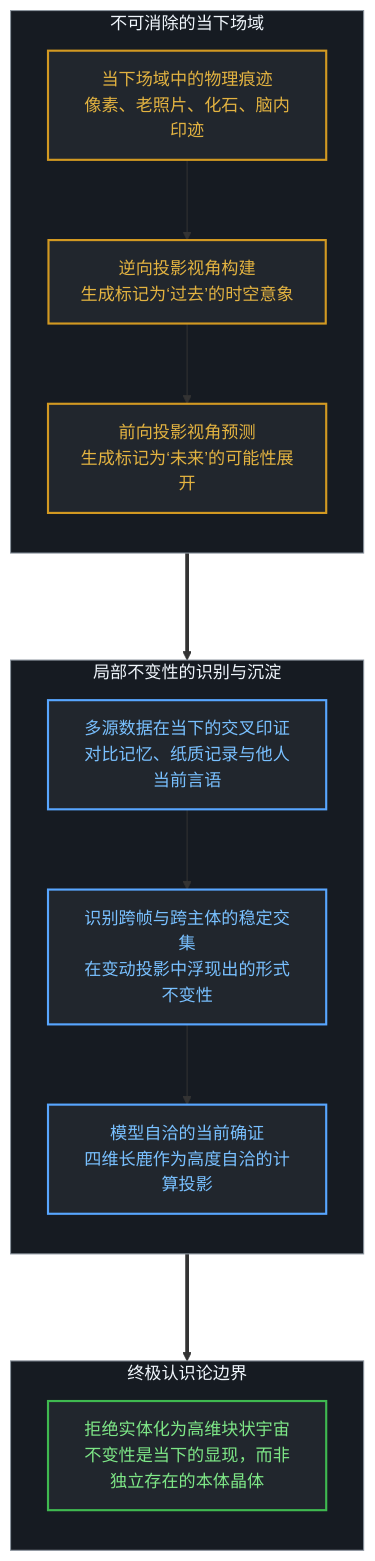
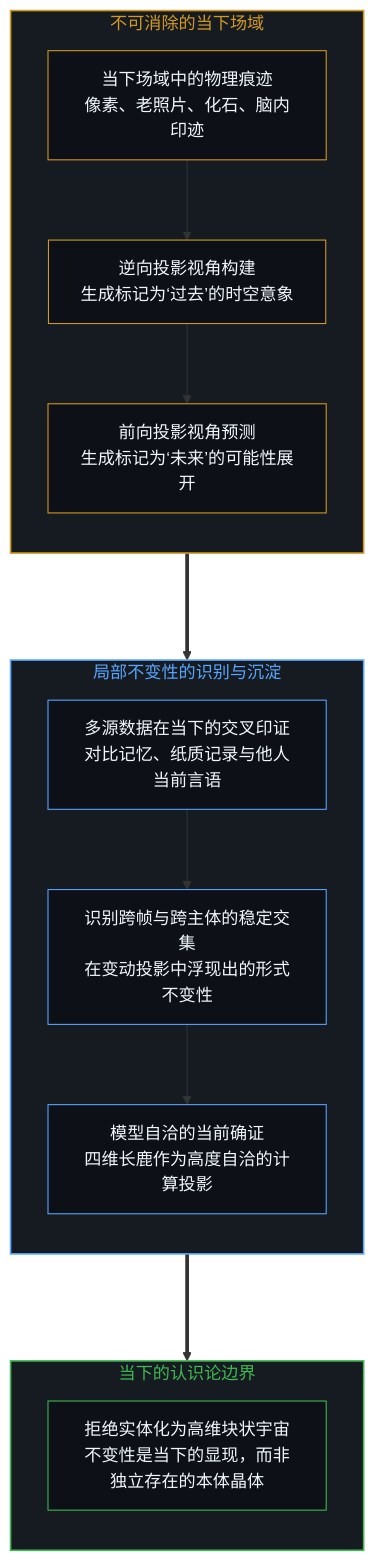
The third of 4 diagrams in content/posts/the-myth-of-the-four-dimensional-deer-and-the-present-model.md (powerpig99/not-a-toe), drawn with Mermaid before and after one commit. The commit also changed other lines of this file and 17 other files, not shown here.

````diff
--- a/content/posts/the-myth-of-the-four-dimensional-deer-and-the-present-model.md
+++ b/content/posts/the-myth-of-the-four-dimensional-deer-and-the-present-model.md
@@ -121,34 +129,34 @@
 ```mermaid
-graph TD
-    classDef default fill:#0d1117,stroke:#30363d,stroke-width:1px,color:#c9d1d9;
-    classDef canvas fill:#161b22,stroke:#8b949e,stroke-width:1px,color:#f0f6fc;
-    classDef projNode fill:#21262d,stroke:#d29922,stroke-width:2px,color:#e3b341;
-    classDef invNode fill:#21262d,stroke:#58a6ff,stroke-width:2px,color:#79c0ff;
-    classDef coreNode fill:#21262d,stroke:#3fb950,stroke-width:2px,color:#7ee787;
-
-    subgraph PresentField ["不可消除的当下场域"]
+flowchart TD
+    subgraph S_PresentField["不可消除的当下场域"]
         direction TB
         P1["当下场域中的物理痕迹<br/>像素、老照片、化石、脑内印迹"] --> P2["逆向投影视角构建<br/>生成标记为‘过去’的时空意象"]
         P2 --> P3["前向投影视角预测<br/>生成标记为‘未来’的可能性展开"]
     end
 
-    PresentField ===> InvarianceEngine
+    S_PresentField ===> S_InvarianceEngine
 
-    subgraph InvarianceEngine ["局部不变性的识别与沉淀"]
+    subgraph S_InvarianceEngine["局部不变性的识别与沉淀"]
         direction TB
         I1["多源数据在当下的交叉印证<br/>对比记忆、纸质记录与他人当前言语"] --> I2["识别跨帧与跨主体的稳定交集<br/>在变动投影中浮现出的形式不变性"]
         I2 --> I3["模型自洽的当前确证<br/>四维长鹿作为高度自洽的计算投影"]
     end
 
-    InvarianceEngine ===> GroundTruth
+    S_InvarianceEngine ===> S_GroundTruth
 
-    subgraph GroundTruth ["终极认识论边界"]
+    subgraph S_GroundTruth["当下的认识论边界"]
         direction TB
         G1["拒绝实体化为高维块状宇宙<br/>不变性是当下的显现，而非独立存在的本体晶体"]
     end
 
-    class PresentField,InvarianceEngine,GroundTruth canvas;
-    class P1,P2,P3 projNode;
-    class I1,I2,I3 invNode;
-    class G1 coreNode;
+    style S_PresentField fill:#161b22,stroke:#d29922,stroke-width:1.5px,color:#d29922
+    style S_InvarianceEngine fill:#161b22,stroke:#58a6ff,stroke-width:1.5px,color:#58a6ff
+    style S_GroundTruth fill:#161b22,stroke:#3fb950,stroke-width:1.5px,color:#3fb950
+    style P1 fill:#0d1117,stroke:#d29922,stroke-width:1px,color:#f0f6fc
+    style P2 fill:#0d1117,stroke:#d29922,stroke-width:1px,color:#f0f6fc
+    style P3 fill:#0d1117,stroke:#d29922,stroke-width:1px,color:#f0f6fc
+    style I1 fill:#0d1117,stroke:#58a6ff,stroke-width:1px,color:#f0f6fc
+    style I2 fill:#0d1117,stroke:#58a6ff,stroke-width:1px,color:#f0f6fc
+    style I3 fill:#0d1117,stroke:#58a6ff,stroke-width:1px,color:#f0f6fc
+    style G1 fill:#0d1117,stroke:#3fb950,stroke-width:1px,color:#f0f6fc
 ```
````
